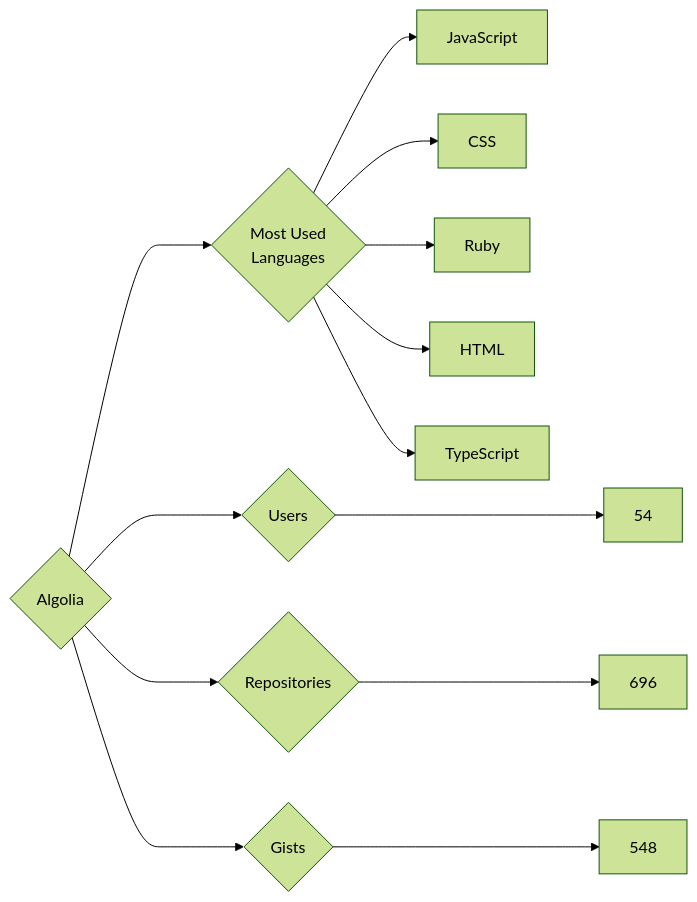
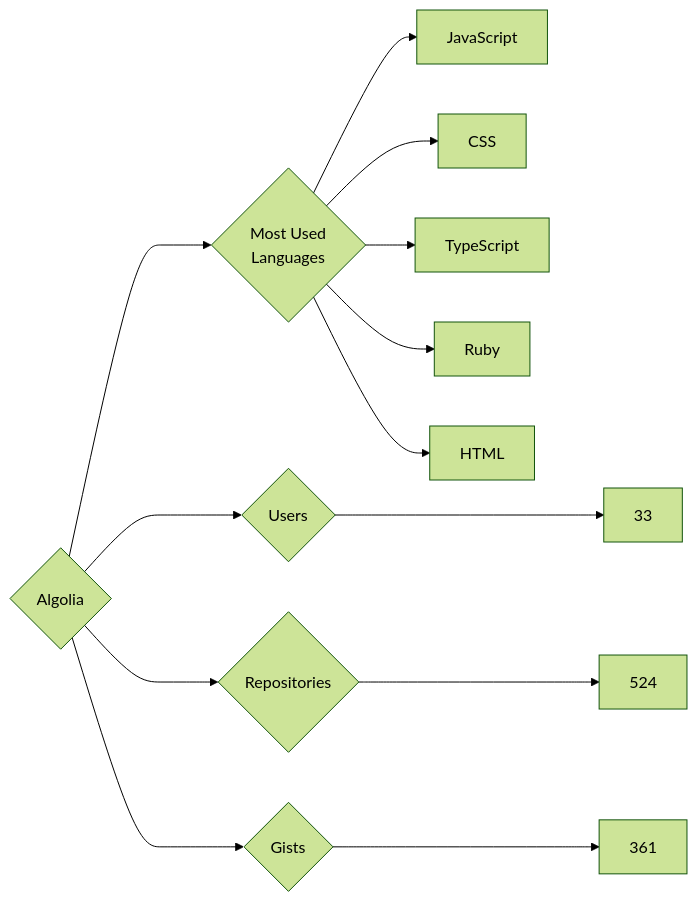
One commit to trickest/insiders changed the diagram in targets/Algolia/README.md. Above: the diagram before and after it, drawn with Mermaid (forest theme). The commit also changed 870 other files, not shown here.

````diff
--- a/targets/Algolia/README.md
+++ b/targets/Algolia/README.md
@@ -3,13 +3,13 @@
 ```mermaid
 graph LR
 COMPANY_NAME{Algolia}
-COMPANY_NAME ---> U{Users} ---> UN[54]
-COMPANY_NAME ---> R{Repositories} ---> RN[696]
-COMPANY_NAME ---> G{Gists} ---> GN[548]
+COMPANY_NAME ---> U{Users} ---> UN[33]
+COMPANY_NAME ---> R{Repositories} ---> RN[524]
+COMPANY_NAME ---> G{Gists} ---> GN[361]
 COMPANY_NAME ---> ML{Most Used<br>Languages}
 ML --> JavaScript[JavaScript]
 ML --> CSS[CSS]
+ML --> TypeScript[TypeScript]
 ML --> Ruby[Ruby]
 ML --> HTML[HTML]
-ML --> TypeScript[TypeScript]
 ```
````
